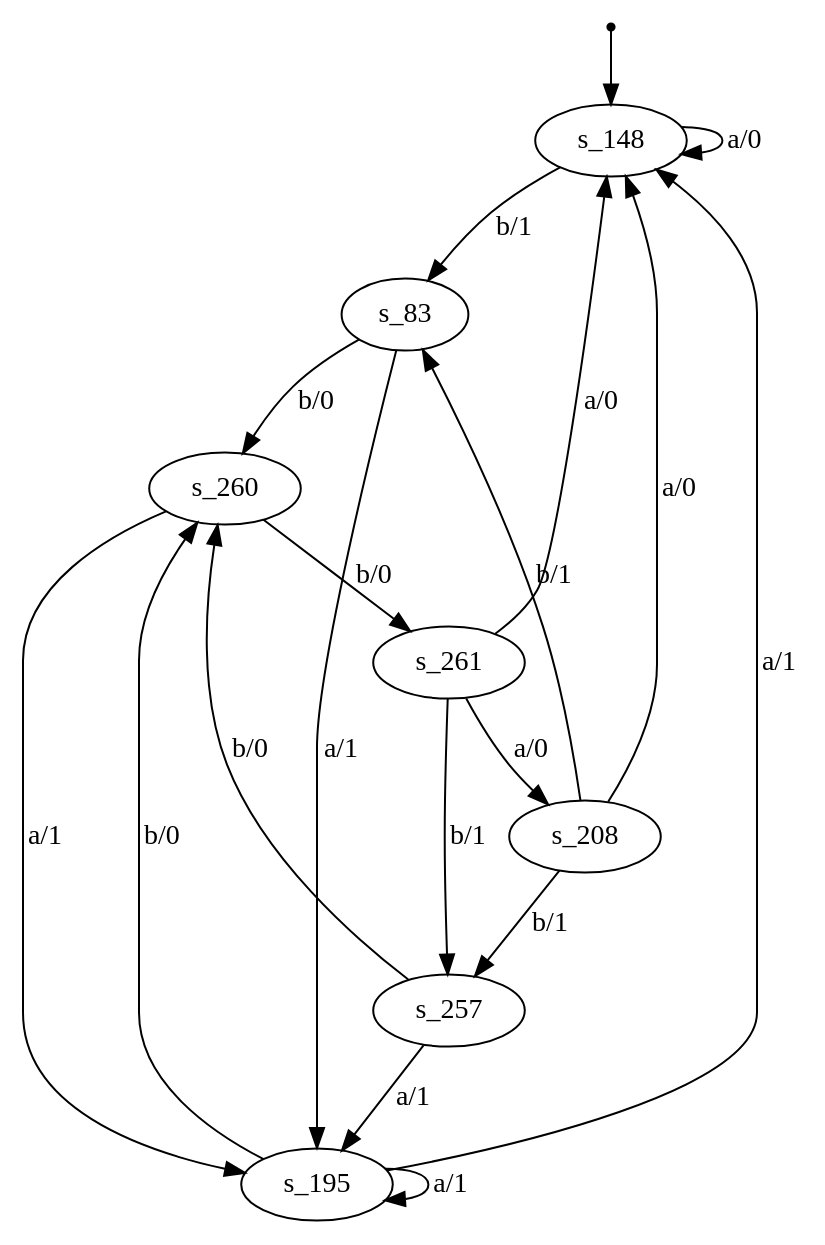
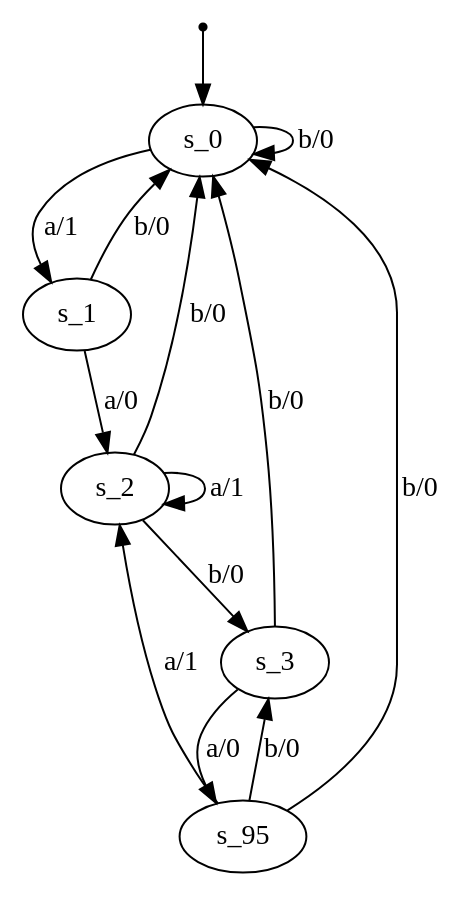
The diagram in FSMs_visuals/fsm1_0.4_extracted.dot (gaellinkeu/RNN-for-Mealy-Machines), drawn with Graphviz before and after one commit. The commit also changed 369 other files, not shown here.

```diff
--- a/FSMs_visuals/fsm1_0.4_extracted.dot
+++ b/FSMs_visuals/fsm1_0.4_extracted.dot
@@ -1,28 +1,21 @@
 digraph fsm {
-	s_148 [root=true]
-	s_83
-	s_260
-	s_261
-	s_195
-	s_257
-	s_208
+	s_0 [root=true]
+	s_1
+	s_2
+	s_3
+	s_95
 	qi [shape = point]
-	qi -> s_148
-	s_148 -> s_83 [label="b/1"]
-	s_83 -> s_260 [label="b/0"]
-	s_260 -> s_261 [label="b/0"]
-	s_261 -> s_148 [label="a/0"]
-	s_148 -> s_148 [label="a/0"]
-	s_83 -> s_195 [label="a/1"]
-	s_195 -> s_260 [label="b/0"]
-	s_260 -> s_195 [label="a/1"]
-	s_195 -> s_195 [label="a/1"]
-	s_261 -> s_257 [label="b/1"]
-	s_257 -> s_260 [label="b/0"]
-	s_257 -> s_195 [label="a/1"]
-	s_261 -> s_208 [label="a/0"]
-	s_208 -> s_257 [label="b/1"]
-	s_195 -> s_148 [label="a/1"]
-	s_208 -> s_83 [label="b/1"]
-	s_208 -> s_148 [label="a/0"]
+	qi -> s_0
+	s_0 -> s_1 [label="a/1"]
+	s_1 -> s_2 [label="a/0"]
+	s_2 -> s_3 [label="b/0"]
+	s_3 -> s_0 [label="b/0"]
+	s_1 -> s_0 [label="b/0"]
+	s_0 -> s_0 [label="b/0"]
+	s_3 -> s_95 [label="a/0"]
+	s_95 -> s_3 [label="b/0"]
+	s_2 -> s_2 [label="a/1"]
+	s_95 -> s_2 [label="a/1"]
+	s_95 -> s_0 [label="b/0"]
+	s_2 -> s_0 [label="b/0"]
 }
```
